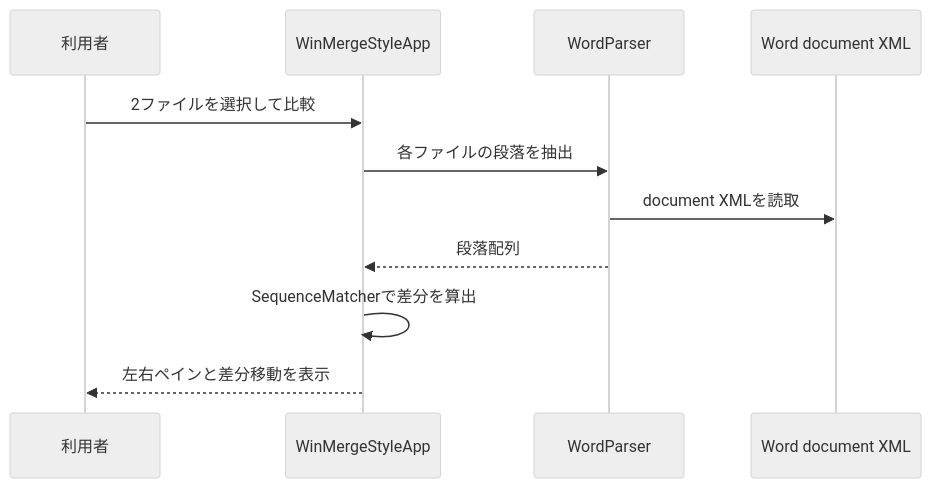
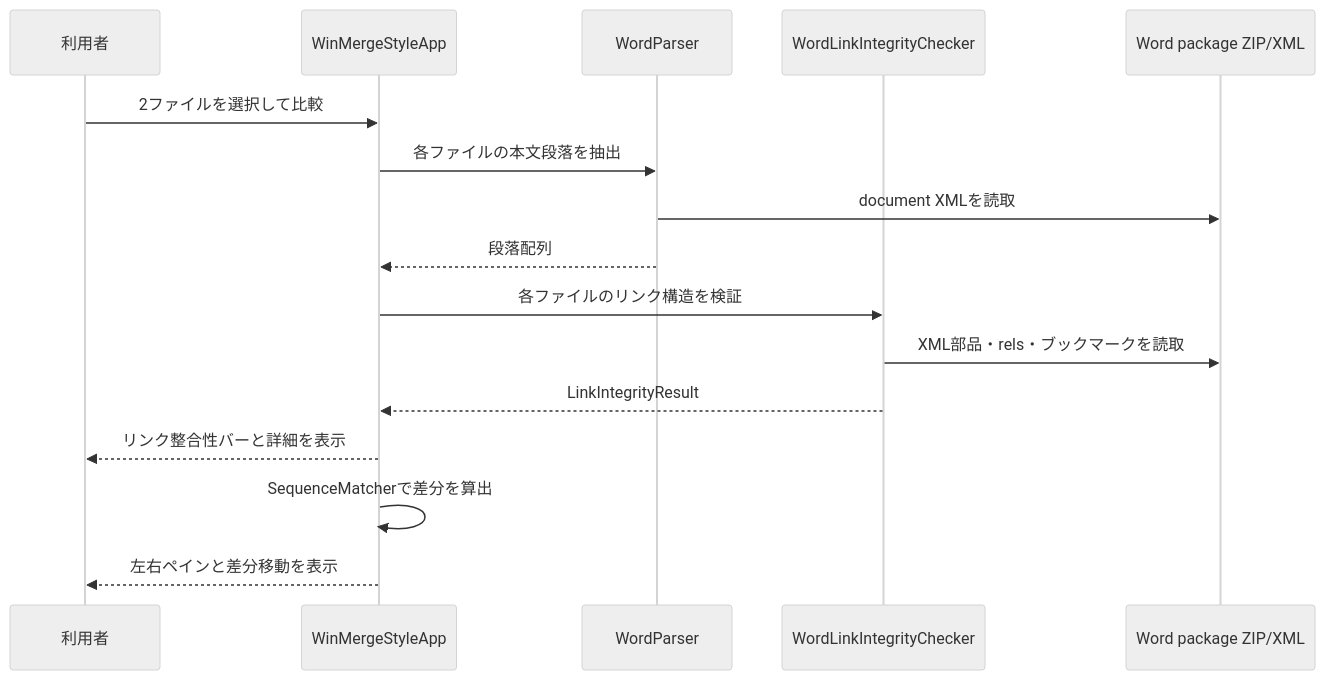
The diagram in docs/implementation/IMPL-DD-002_Word差分処理詳細.md (xzyozi/diff_office), drawn with Mermaid (neutral theme) before and after one commit. The commit also changed other lines of this file, not shown here.

````diff
--- a/docs/implementation/IMPL-DD-002_Word差分処理詳細.md
+++ b/docs/implementation/IMPL-DD-002_Word差分処理詳細.md
@@ -31,13 +33,18 @@
 ```mermaid
 sequenceDiagram
     participant U as 利用者
     participant G as WinMergeStyleApp
     participant P as WordParser
-    participant X as Word document XML
+    participant L as WordLinkIntegrityChecker
+    participant X as Word package ZIP/XML
     U->>G: 2ファイルを選択して比較
-    G->>P: 各ファイルの段落を抽出
+    G->>P: 各ファイルの本文段落を抽出
     P->>X: document XMLを読取
     P-->>G: 段落配列
+    G->>L: 各ファイルのリンク構造を検証
+    L->>X: XML部品・rels・ブックマークを読取
+    L-->>G: LinkIntegrityResult
+    G-->>U: リンク整合性バーと詳細を表示
     G->>G: SequenceMatcherで差分を算出
     G-->>U: 左右ペインと差分移動を表示
 ```
````
